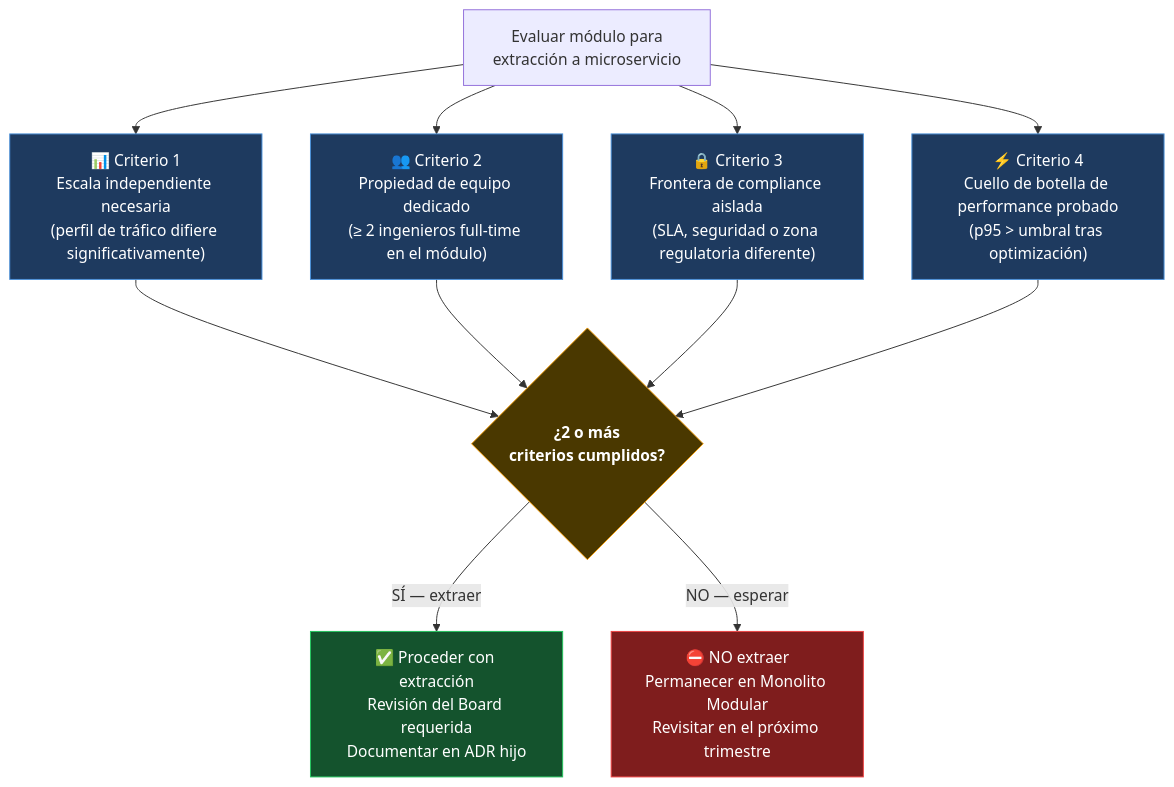
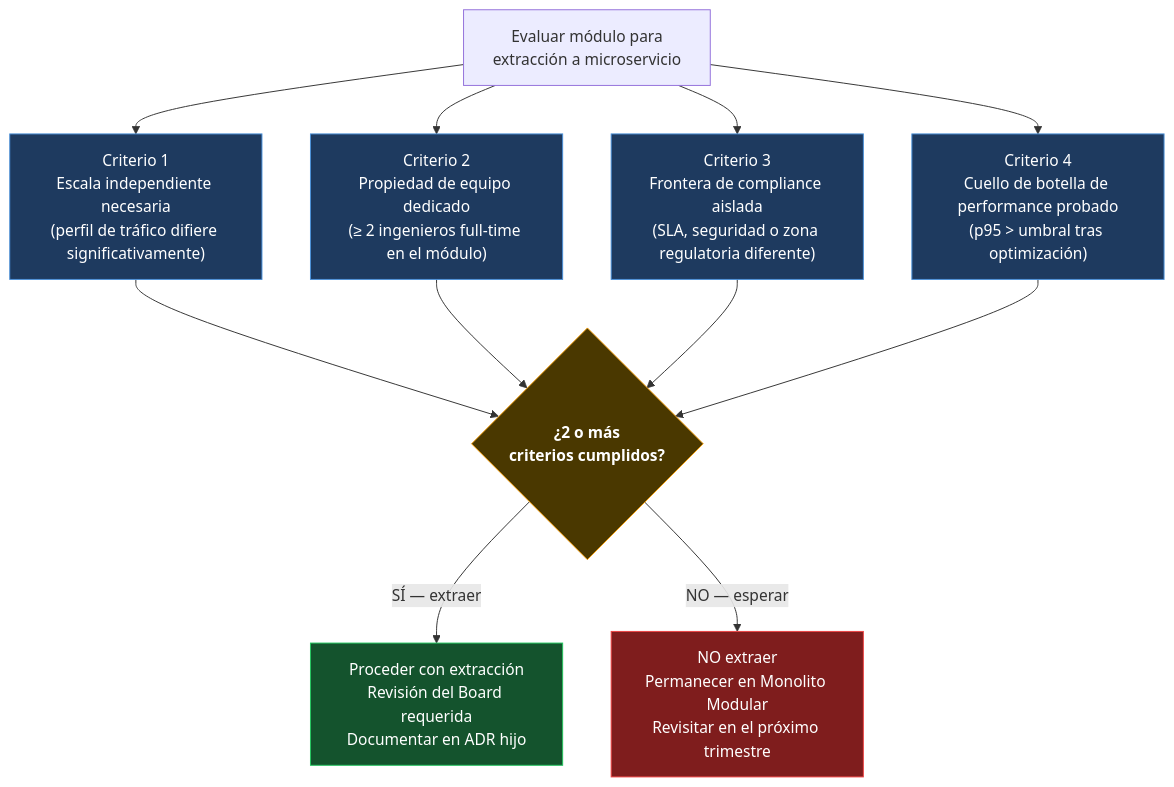
One commit to beyondnetcode/evolith_arch32 changed the third of 4 diagrams in reference/governance/standards/communication/visuals/v02-progressive-journey.es.md. Above: the diagram before and after it, drawn with Mermaid. The commit also changed other lines of this file and 41 other files, not shown here.

````diff
--- a/reference/governance/standards/communication/visuals/v02-progressive-journey.es.md
+++ b/reference/governance/standards/communication/visuals/v02-progressive-journey.es.md
@@ -85,29 +85,29 @@
 ```mermaid
 flowchart TD
     classDef criterion fill:#1e3a5f,stroke:#4a90d9,color:#fff
     classDef gate fill:#4a3800,stroke:#f59e0b,color:#fff,font-weight:bold
     classDef pass fill:#14532d,stroke:#22c55e,color:#fff
     classDef fail fill:#7f1d1d,stroke:#ef4444,color:#fff
 
     EVAL["Evaluar módulo para\nextracción a microservicio"]
 
-    C1["📊 Criterio 1\nEscala independiente necesaria\n(perfil de tráfico difiere significativamente)"]:::criterion
-    C2["👥 Criterio 2\nPropiedad de equipo dedicado\n(≥ 2 ingenieros full-time en el módulo)"]:::criterion
-    C3["🔒 Criterio 3\nFrontera de compliance aislada\n(SLA, seguridad o zona regulatoria diferente)"]:::criterion
-    C4["⚡ Criterio 4\nCuello de botella de performance probado\n(p95 > umbral tras optimización)"]:::criterion
+    C1[" Criterio 1\nEscala independiente necesaria\n(perfil de tráfico difiere significativamente)"]:::criterion
+    C2[" Criterio 2\nPropiedad de equipo dedicado\n(≥ 2 ingenieros full-time en el módulo)"]:::criterion
+    C3[" Criterio 3\nFrontera de compliance aislada\n(SLA, seguridad o zona regulatoria diferente)"]:::criterion
+    C4[" Criterio 4\nCuello de botella de performance probado\n(p95 > umbral tras optimización)"]:::criterion
 
     EVAL --> C1
     EVAL --> C2
     EVAL --> C3
     EVAL --> C4
 
     GATE{"¿2 o más\ncriterios cumplidos?"}:::gate
 
     C1 --> GATE
     C2 --> GATE
     C3 --> GATE
     C4 --> GATE
 
-    GATE -->|SÍ — extraer| PASS["✅ Proceder con extracción\nRevisión del Board requerida\nDocumentar en ADR hijo"]:::pass
-    GATE -->|NO — esperar| FAIL["⛔ NO extraer\nPermanecer en Monolito Modular\nRevisitar en el próximo trimestre"]:::fail
+    GATE -->|SÍ — extraer| PASS[" Proceder con extracción\nRevisión del Board requerida\nDocumentar en ADR hijo"]:::pass
+    GATE -->|NO — esperar| FAIL[" NO extraer\nPermanecer en Monolito Modular\nRevisitar en el próximo trimestre"]:::fail
 ```
````
